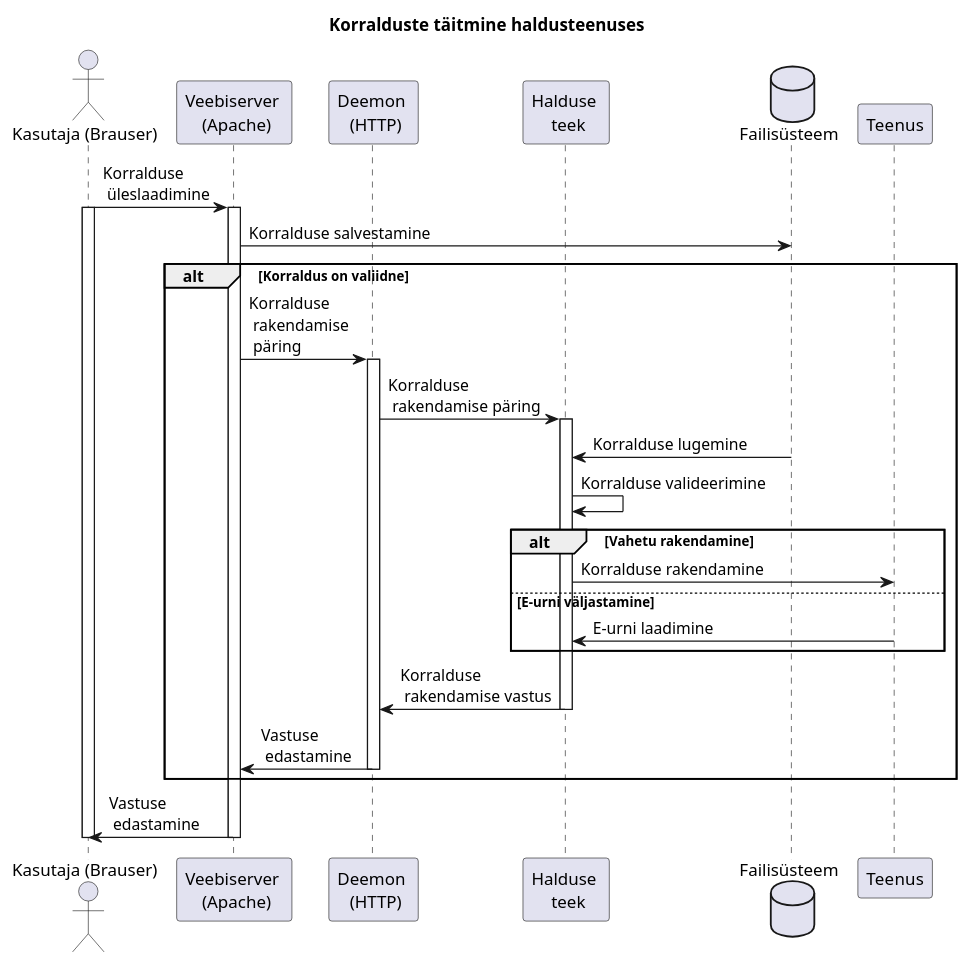
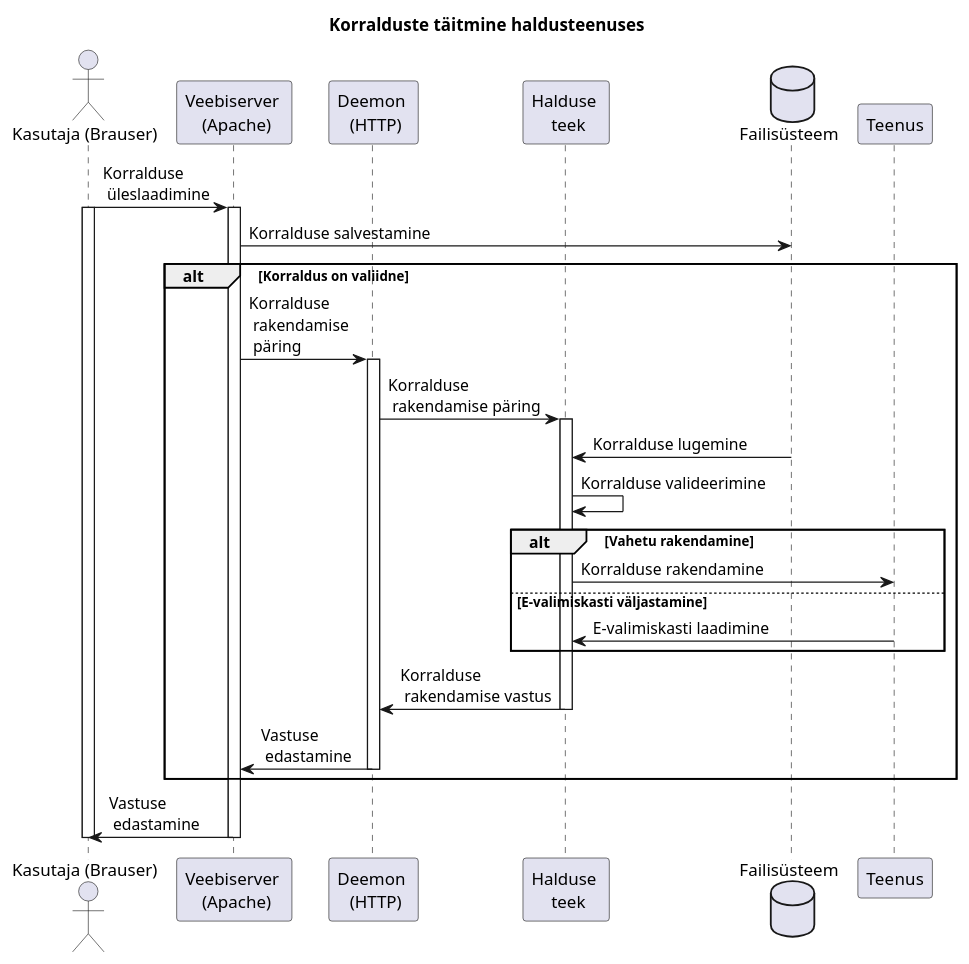
One commit to valimised/ivxv changed the diagram in Documentation/et/arhitektuur/model/management-service/upload-command.pu. Above: the diagram before and after it, drawn with PlantUML. The commit also changed 517 other files, not shown here.

```diff
--- a/Documentation/et/arhitektuur/model/management-service/upload-command.pu
+++ b/Documentation/et/arhitektuur/model/management-service/upload-command.pu
@@ -1,45 +1,45 @@
 @startuml
 
 Title Korralduste täitmine haldusteenuses
 
 Actor "Kasutaja (Brauser)" as Brauser
 participant "Veebiserver \n (Apache)" as WSGI
 participant "Deemon \n (HTTP)" as Deemon_HTTP
 participant "Halduse \n teek" as Util
 Database "Failisüsteem" as FS
 participant Teenus
 
 Brauser -> WSGI : Korralduse \n üleslaadimine
 Activate Brauser
 Activate WSGI
 
 WSGI -> FS : Korralduse salvestamine
 
 alt Korraldus on valiidne
 
   WSGI -> Deemon_HTTP : Korralduse \n rakendamise \n päring
 
   Activate Deemon_HTTP
   Deemon_HTTP -> Util : Korralduse \n rakendamise päring
 
   Activate Util
   Util <- FS : Korralduse lugemine
   Util -> Util : Korralduse valideerimine
   alt Vahetu rakendamine
     Util -> Teenus : Korralduse rakendamine
-  else E-urni väljastamine
-    Teenus -> Util : E-urni laadimine
+  else E-valimiskasti väljastamine
+    Teenus -> Util : E-valimiskasti laadimine
   end
   Util -> Deemon_HTTP : Korralduse \n rakendamise vastus
   Deactivate Util
 
   Deemon_HTTP -> WSGI : Vastuse \n edastamine
   Deactivate Deemon_HTTP
 end
 
 WSGI -> Brauser : Vastuse \n edastamine
 
 Deactivate WSGI
 Deactivate Brauser
 
 @enduml
```
